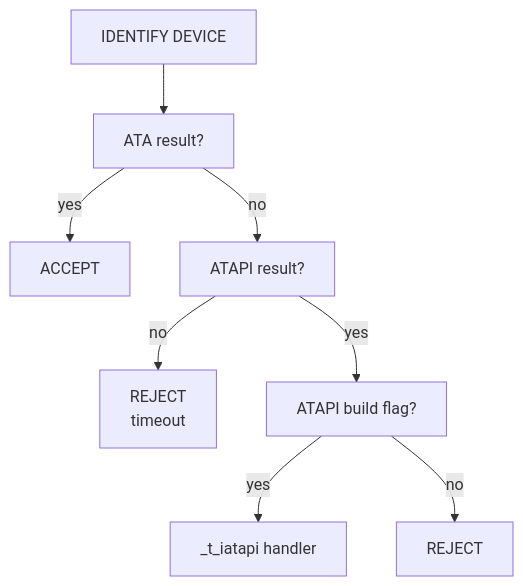
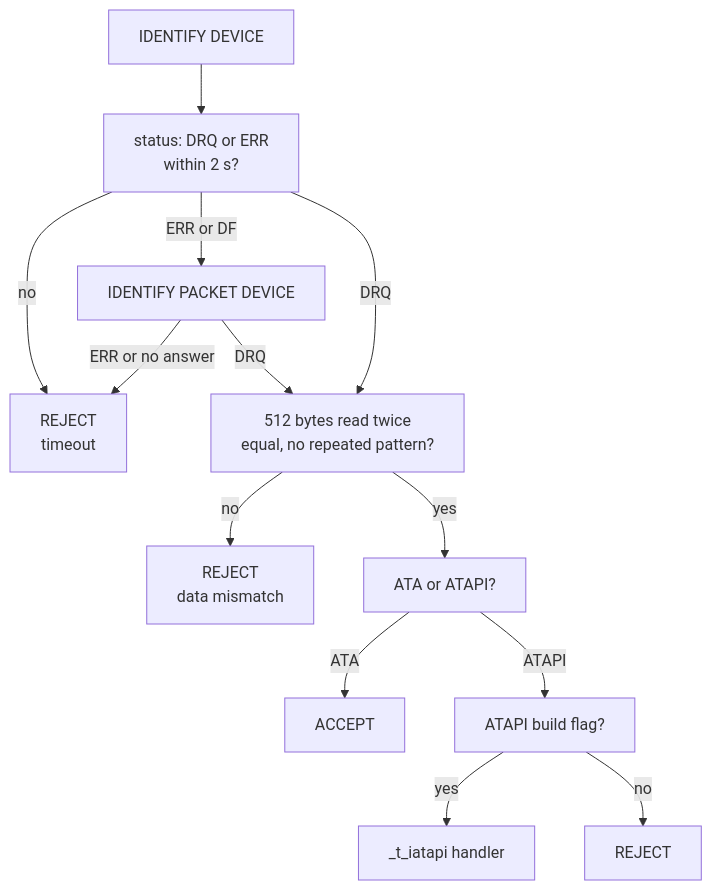
Before and after one commit to pulchart/cfd: the second of 5 diagrams in README.md, drawn with Mermaid. The commit also changed other lines of this file and 1 other file, not shown here.

Commit message:
cfd: wait for IDENTIFY to answer instead of resending it
WaitReady also returns on the timer signal and then leaves CFU_IDEStatus
as it was, so _GetIDEID and _ReadIdentify could test a stale status and
see no DRQ. Resending IDENTIFY with a Wait40 between the tries, added for
SD-to-CF adapters in 1.33, covered that by giving the card more time,
and _IDECmd waited for BSY before each resend.

_IDWait reads the alternate status itself and ends on DRQ, ERR or DF,
with a Wait40 between the reads and 2 s for the whole identification. A
refused IDENTIFY DEVICE goes to IDENTIFY PACKET DEVICE at once instead
of after the resends. The README identification diagram shows the new
flow.

````diff
--- a/README.md
+++ b/README.md
@@ -319,10 +319,15 @@
 ```mermaid
 flowchart TD
-    Identify["IDENTIFY DEVICE"] --> AtaResult["ATA result?"]
-    AtaResult -->|yes| Accept["ACCEPT"]
-    AtaResult -->|no| AtapiResult["ATAPI result?"]
-    AtapiResult -->|no| RejectTimeout["REJECT<br/>timeout"]
-    AtapiResult -->|yes| AtapiBranch["ATAPI build flag?"]
+    Identify["IDENTIFY DEVICE"] --> Answer["status: DRQ or ERR<br/>within 2 s?"]
+    Answer -->|no| RejectTimeout["REJECT<br/>timeout"]
+    Answer -->|ERR or DF| Packet["IDENTIFY PACKET DEVICE"]
+    Packet -->|"ERR or no answer"| RejectTimeout
+    Packet -->|DRQ| Data
+    Answer -->|DRQ| Data["512 bytes read twice<br/>equal, no repeated pattern?"]
+    Data -->|no| RejectData["REJECT<br/>data mismatch"]
+    Data -->|yes| Kind["ATA or ATAPI?"]
+    Kind -->|ATA| Accept["ACCEPT"]
+    Kind -->|ATAPI| AtapiBranch["ATAPI build flag?"]
     AtapiBranch -->|yes| Iatapi["_t_iatapi handler"]
     AtapiBranch -->|no| RejectAtapi["REJECT"]
 ```
````
